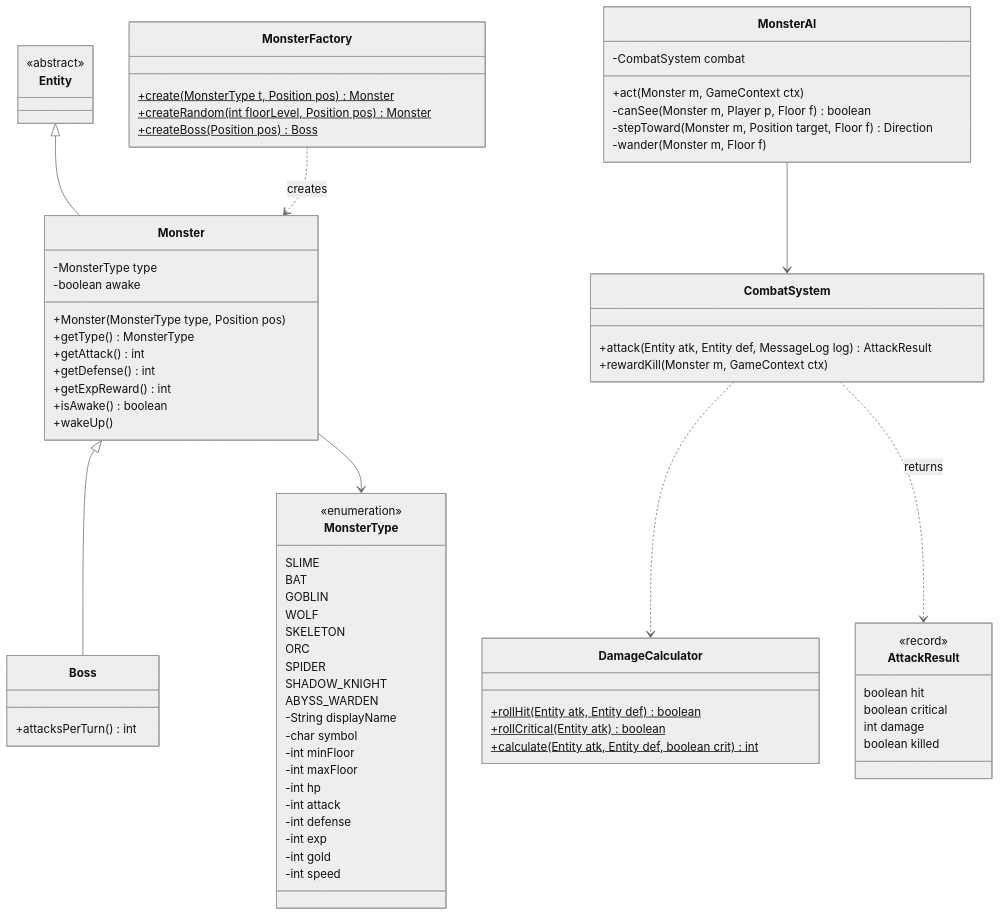
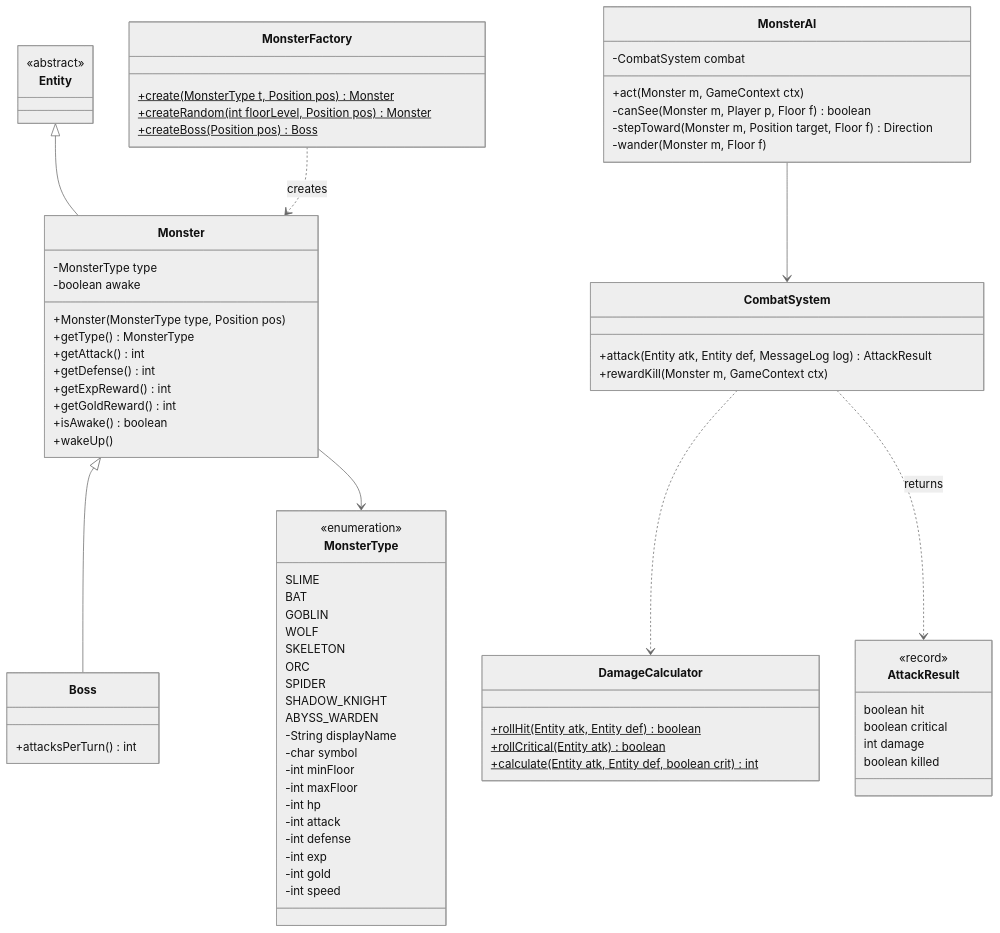
The fourth of 9 diagrams in docs/Class-Diagram.md (likelion-boot-camp-28th/side-project01-team01), drawn with Mermaid (neutral theme) before and after one commit. The commit also changed other lines of this file and 1 other file, not shown here.

````diff
--- a/docs/Class-Diagram.md
+++ b/docs/Class-Diagram.md
@@ -372,78 +373,79 @@
 ```mermaid
 classDiagram
     class Entity {
         <<abstract>>
     }
     class Monster {
         -MonsterType type
         -boolean awake
         +Monster(MonsterType type, Position pos)
         +getType() MonsterType
         +getAttack() int
         +getDefense() int
         +getExpReward() int
+        +getGoldReward() int
         +isAwake() boolean
         +wakeUp()
     }
     class Boss {
         +attacksPerTurn() int
     }
     class MonsterType {
         <<enumeration>>
         SLIME
         BAT
         GOBLIN
         WOLF
         SKELETON
         ORC
         SPIDER
         SHADOW_KNIGHT
         ABYSS_WARDEN
         -String displayName
         -char symbol
         -int minFloor
         -int maxFloor
         -int hp
         -int attack
         -int defense
         -int exp
         -int gold
         -int speed
     }
     class MonsterFactory {
         +create(MonsterType t, Position pos)$ Monster
         +createRandom(int floorLevel, Position pos)$ Monster
         +createBoss(Position pos)$ Boss
     }
     class MonsterAI {
         -CombatSystem combat
         +act(Monster m, GameContext ctx)
         -canSee(Monster m, Player p, Floor f) boolean
         -stepToward(Monster m, Position target, Floor f) Direction
         -wander(Monster m, Floor f)
     }
     class CombatSystem {
         +attack(Entity atk, Entity def, MessageLog log) AttackResult
         +rewardKill(Monster m, GameContext ctx)
     }
     class DamageCalculator {
         +rollHit(Entity atk, Entity def)$ boolean
         +rollCritical(Entity atk)$ boolean
         +calculate(Entity atk, Entity def, boolean crit)$ int
     }
     class AttackResult {
         <<record>>
         boolean hit
         boolean critical
         int damage
         boolean killed
     }
 
     Entity <|-- Monster
     Monster <|-- Boss
     Monster --> MonsterType
     MonsterFactory ..> Monster : creates
     MonsterAI --> CombatSystem
     CombatSystem ..> DamageCalculator
     CombatSystem ..> AttackResult : returns
 ```
````
